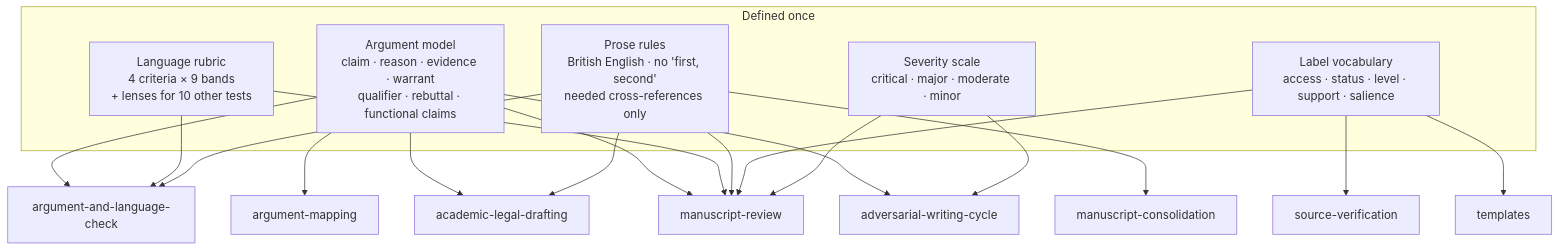
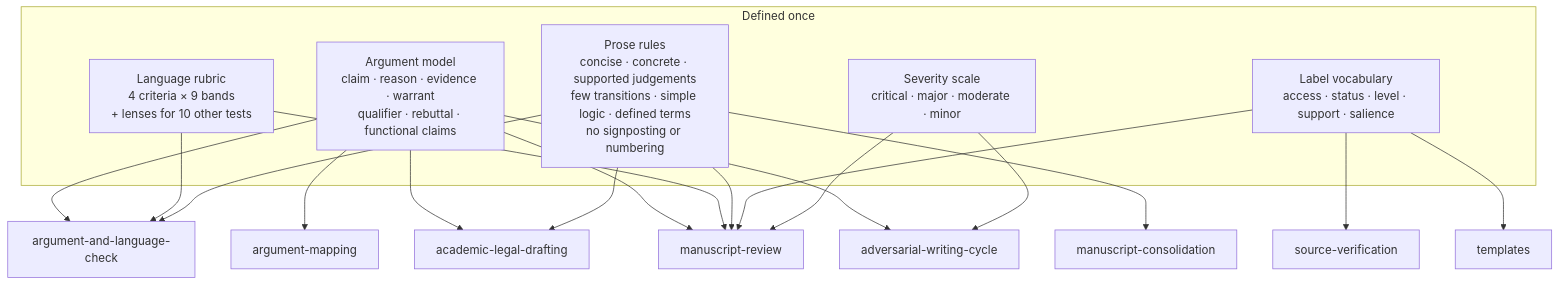
The fourth of 7 diagrams in docs/how-it-works.md (Artorivs/legal-academic-skills), drawn with Mermaid before and after one commit. The commit also changed 15 other files, not shown here.

First line of the commit message:
Add stricter prose rules and make every workflow apply them (#3)

````diff
--- a/docs/how-it-works.md
+++ b/docs/how-it-works.md
@@ -80,15 +80,15 @@
 ```mermaid
 flowchart TB
     subgraph STD["Defined once"]
         AMOD["Argument model<br/>claim · reason · evidence · warrant<br/>qualifier · rebuttal · functional claims"]
         LRUB["Language rubric<br/>4 criteria × 9 bands<br/>+ lenses for 10 other tests"]
-        PROSE["Prose rules<br/>British English · no 'first, second'<br/>needed cross-references only"]
+        PROSE["Prose rules<br/>concise · concrete · supported judgements<br/>few transitions · simple logic · defined terms<br/>no signposting or numbering"]
         LABELS["Label vocabulary<br/>access · status · level · support · salience"]
         SEV["Severity scale<br/>critical · major · moderate · minor"]
     end
     AMOD --> ALC["argument-and-language-check"] & AM["argument-mapping"] & ALD["academic-legal-drafting"] & MR["manuscript-review"] & AWC["adversarial-writing-cycle"]
     LRUB --> ALC & MR
     PROSE --> ALD & MC["manuscript-consolidation"] & MR & ALC
     LABELS --> SV["source-verification"] & MR & TPL["templates"]
     SEV --> MR & AWC
 ```
````
